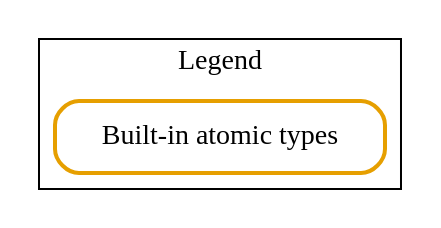
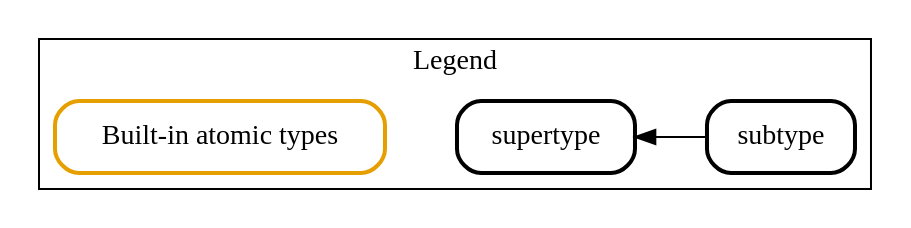
The diagram in specifications/xpath-datamodel-40/image-sources/anyAtomicType-legend.dot (qt4cg/qtspecs), drawn with Graphviz before and after one commit. The commit also changed 2 other files, not shown here.

```diff
--- a/specifications/xpath-datamodel-40/image-sources/anyAtomicType-legend.dot
+++ b/specifications/xpath-datamodel-40/image-sources/anyAtomicType-legend.dot
@@ -1,10 +1,18 @@
 digraph {
   rankdir=LR;
 
   subgraph cluster_legend {
     label = "Legend"
     _bat [shape="box", style="rounded",
           color="#e69f00", penwidth=2,
           label="Built-in atomic types"]
+    _type [shape="box", style="rounded",
+          color="#000000", penwidth=2,
+          label="supertype"]
+    _stype [shape="box", style="rounded",
+            color="#000000", penwidth=2,
+            label="subtype"]
+    _bat -> _type [ style=invis ]
+    _type -> _stype [dir=back]
   }
 }
```
